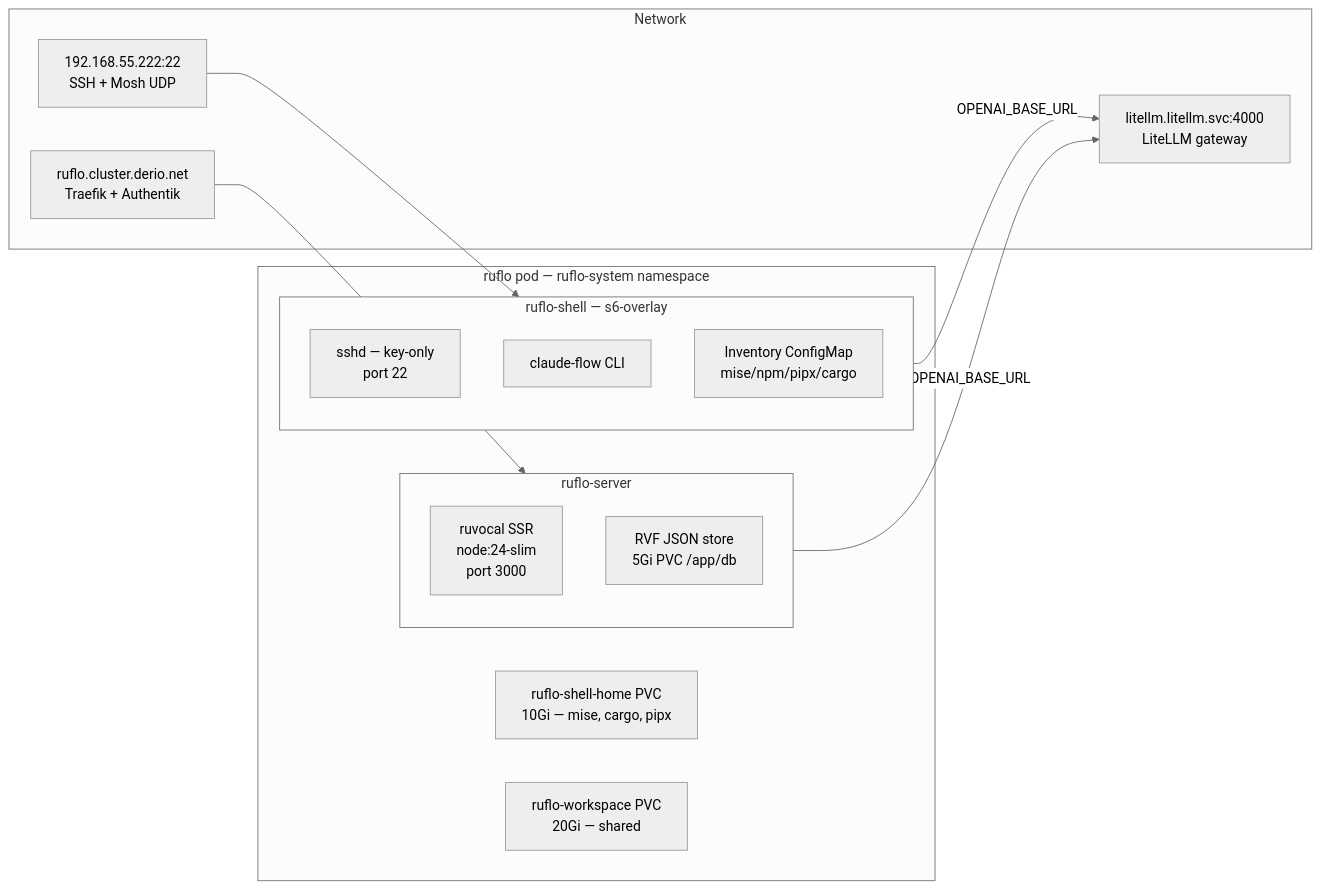
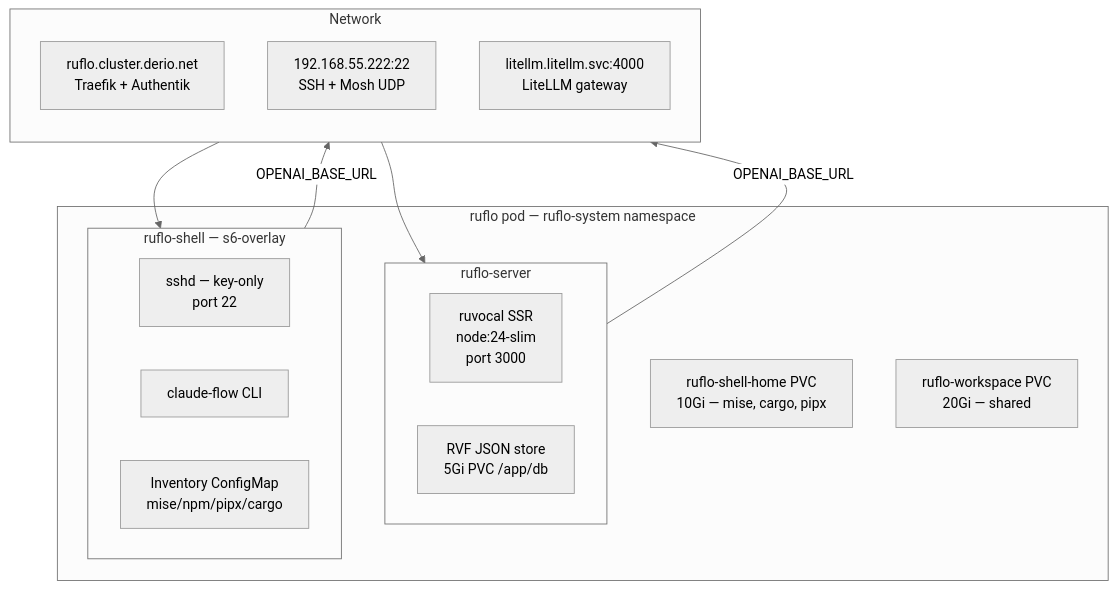
One commit to derio-net/frank changed the diagram in blog/content/docs/building/29-ruflo/index.md. Above: the diagram before and after it, drawn with Mermaid (neutral theme). The commit also changed 42 other files, not shown here.

First line of the commit message:
chore(repo): blog-craft v0.19.0 — mermaid natural-size rendering + all 35 diagrams under the width gate (#735)

````diff
--- a/blog/content/docs/building/29-ruflo/index.md
+++ b/blog/content/docs/building/29-ruflo/index.md
@@ -21,26 +21,27 @@
 ```mermaid
-flowchart LR
+flowchart TD
   subgraph Pod[ruflo pod — ruflo-system namespace]
     subgraph Server[ruflo-server]
       RUV[ruvocal SSR<br/>node:24-slim<br/>port 3000]
       RVF[RVF JSON store<br/>5Gi PVC /app/db]
     end
     subgraph Shell[ruflo-shell — s6-overlay]
       SSHD[sshd — key-only<br/>port 22]
       CF[claude-flow CLI]
       INV[Inventory ConfigMap<br/>mise/npm/pipx/cargo]
     end
     SH[ruflo-shell-home PVC<br/>10Gi — mise, cargo, pipx]
     WS[ruflo-workspace PVC<br/>20Gi — shared]
   end
   subgraph Network
+    direction TB
     WEB[ruflo.cluster.derio.net<br/>Traefik + Authentik]
     SSH[192.168.55.222:22<br/>SSH + Mosh UDP]
     LLM[litellm.litellm.svc:4000<br/>LiteLLM gateway]
   end
 
   Shell -->|OPENAI_BASE_URL| LLM
   Server -->|OPENAI_BASE_URL| LLM
   WEB --> Server
   SSH --> Shell
 ```
````
